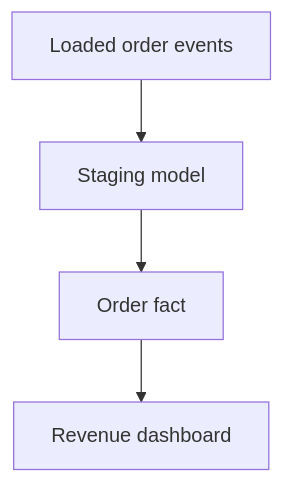
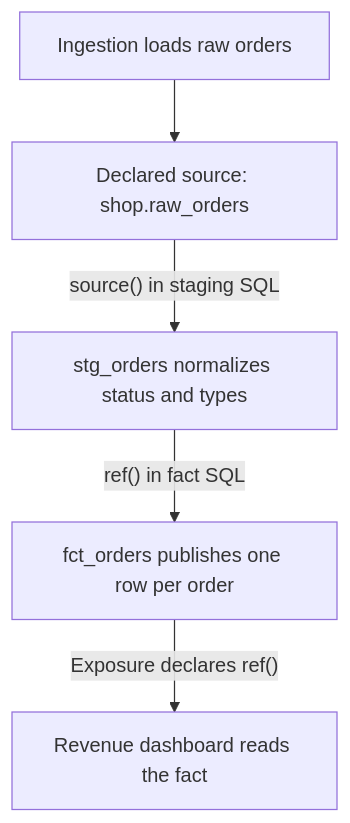
The diagram in docs/lessons/0001-from-loaded-data-to-a-dbt-dag.md (Rohit1024/dbt-learn), drawn with Mermaid before and after one commit. The commit also changed other lines of this file and 4 other files, not shown here.

````diff
--- a/docs/lessons/0001-from-loaded-data-to-a-dbt-dag.md
+++ b/docs/lessons/0001-from-loaded-data-to-a-dbt-dag.md
@@ -7,8 +7,7 @@
 ```mermaid
 flowchart TD
-    A["Loaded order events"]
-    B["Staging model"]
-    C["Order fact"]
-    D["Revenue dashboard"]
-    A --> B --> C --> D
+    A["Ingestion loads raw orders"] --> B["Declared source: shop.raw_orders"]
+    B -->|"source() in staging SQL"| C["stg_orders normalizes status and types"]
+    C -->|"ref() in fact SQL"| D["fct_orders publishes one row per order"]
+    D -->|"Exposure declares ref()"| E["Revenue dashboard reads the fact"]
 ```
````
